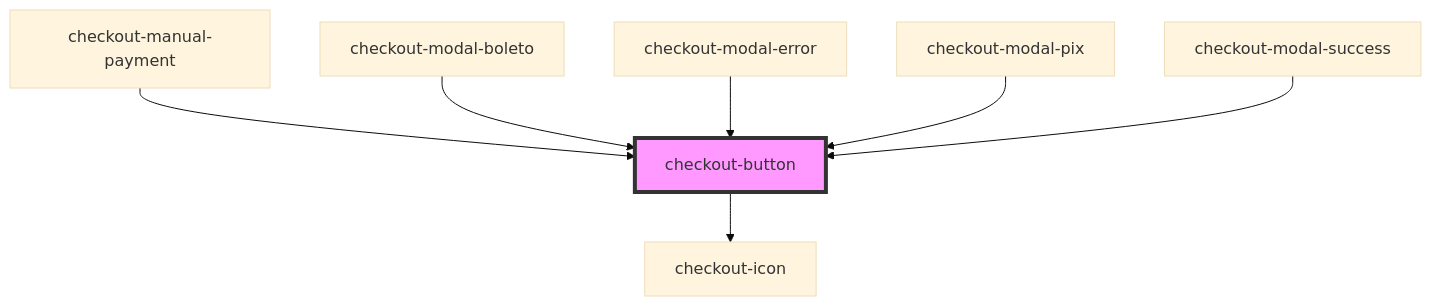
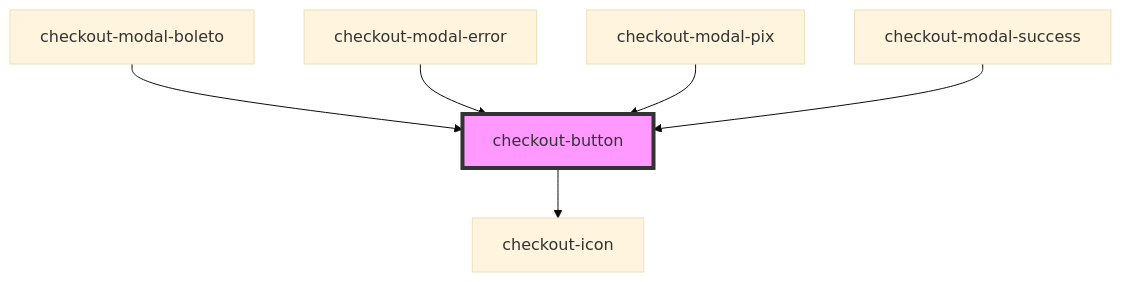
Before and after one commit to plughacker/malga-checkout: the diagram in packages/common/src/components/checkout-button/readme.md, drawn with Mermaid (base theme). The commit also changed other lines of this file and 21 other files, not shown here.

````diff
--- a/packages/common/src/components/checkout-button/readme.md
+++ b/packages/common/src/components/checkout-button/readme.md
@@ -45,10 +44,9 @@
 ```mermaid
 graph TD;
   checkout-button --> checkout-icon
-  checkout-manual-payment --> checkout-button
   checkout-modal-boleto --> checkout-button
   checkout-modal-error --> checkout-button
   checkout-modal-pix --> checkout-button
   checkout-modal-success --> checkout-button
   style checkout-button fill:#f9f,stroke:#333,stroke-width:4px
 ```
````
